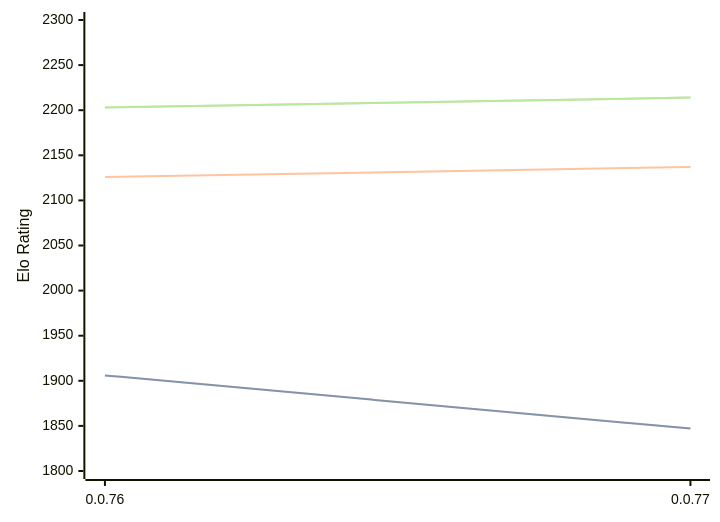
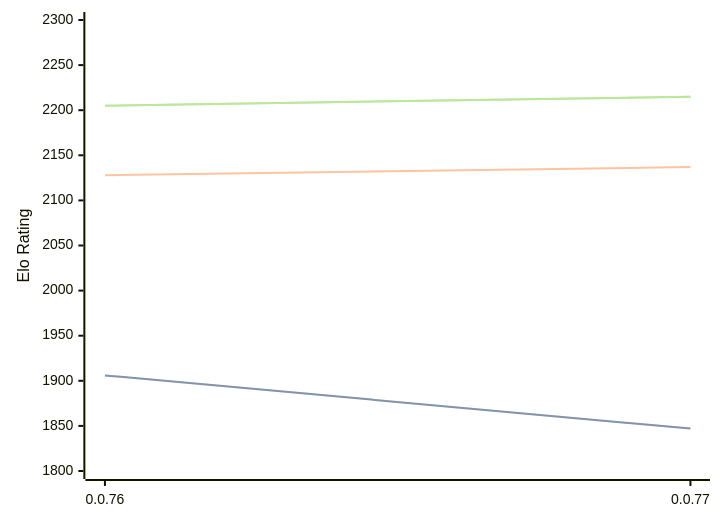
The first of 3 diagrams in engines/Fktb.md (computer-chess-index/cci), drawn with Mermaid before and after one commit. The commit also changed other lines of this file, not shown here.

Commit message:
Update CCI Ratings (ELO VLTC) - 2026-07-13

````diff
--- a/engines/Fktb.md
+++ b/engines/Fktb.md
@@ -32,11 +32,11 @@
 ```mermaid
 %%{init: {"theme":"base","themeVariables":{"seriesColors:['#a3a3a3','#222221','#faa371']}}}%%
 xychart-beta
   x-axis ["0.0.76", "0.0.77"]
   y-axis "Elo Rating" 1800 --> 2300
   line "STC (8.0+0.08s)" [1906, 1847]
   line "STC (8.0+0.08s)" [1906, 1847]
-  line "LTC (60.0+0.60s)" [2126, 2137]
-  line "VLTC (2m24s+1.12s)" [2203, 2214]
-  line "VLTC (2m24s+1.12s)" [2203, 2214]
+  line "LTC (60.0+0.60s)" [2128, 2137]
+  line "VLTC (2m24s+1.12s)" [2205, 2215]
+  line "VLTC (2m24s+1.12s)" [2205, 2215]
 ```
````
